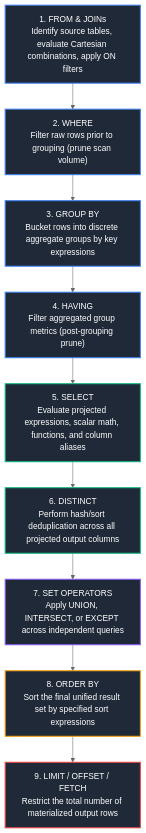
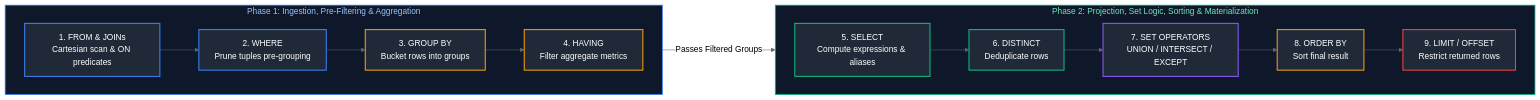
One commit to joydeep-biswas/Interview-Preparation changed the second of 11 diagrams in Data Engineering/01_sql_fundamentals.md. Above: the diagram before and after it, drawn with Mermaid (neutral theme). The commit also changed other lines of this file and 76 other files, not shown here.

Commit message:
Updated Charts

````diff
--- a/Data Engineering/01_sql_fundamentals.md
+++ b/Data Engineering/01_sql_fundamentals.md
@@ -105,22 +96,26 @@
 ```mermaid
-flowchart TD
-    S1["1. FROM & JOINs<br/>Identify source tables, evaluate Cartesian combinations, apply ON filters"]
-    S1 --> S2["2. WHERE<br/>Filter raw rows prior to grouping (prune scan volume)"]
-    S2 --> S3["3. GROUP BY<br/>Bucket rows into discrete aggregate groups by key expressions"]
-    S3 --> S4["4. HAVING<br/>Filter aggregated group metrics (post-grouping prune)"]
-    S4 --> S5["5. SELECT<br/>Evaluate projected expressions, scalar math, functions, and column aliases"]
-    S5 --> S6["6. DISTINCT<br/>Perform hash/sort deduplication across all projected output columns"]
-    S6 --> S7["7. SET OPERATORS<br/>Apply UNION, INTERSECT, or EXCEPT across independent queries"]
-    S7 --> S8["8. ORDER BY<br/>Sort the final unified result set by specified sort expressions"]
-    S8 --> S9["9. LIMIT / OFFSET / FETCH<br/>Restrict the total number of materialized output rows"]
+flowchart LR
+    subgraph Phase1 ["Phase 1: Ingestion, Pre-Filtering & Aggregation"]
+        direction LR
+        S1["1. FROM & JOINs<br/>Cartesian scan & ON predicates"] --> S2["2. WHERE<br/>Prune tuples pre-grouping"] --> S3["3. GROUP BY<br/>Bucket rows into groups"] --> S4["4. HAVING<br/>Filter aggregate metrics"]
+    end
 
+    subgraph Phase2 ["Phase 2: Projection, Set Logic, Sorting & Materialization"]
+        direction LR
+        S5["5. SELECT<br/>Compute expressions & aliases"] --> S6["6. DISTINCT<br/>Deduplicate rows"] --> S7["7. SET OPERATORS<br/>UNION / INTERSECT / EXCEPT"] --> S8["8. ORDER BY<br/>Sort final result"] --> S9["9. LIMIT / OFFSET<br/>Restrict returned rows"]
+    end
+
+    S4 -->|"Passes Filtered Groups"| S5
+
+    style Phase1 fill:#0f172a,stroke:#3b82f6,stroke-width:1.5px,color:#93c5fd
+    style Phase2 fill:#0f172a,stroke:#10b981,stroke-width:1.5px,color:#6ee7b7
     style S1 fill:#1f2937,stroke:#3b82f6,stroke-width:2px,color:#fff
     style S2 fill:#1f2937,stroke:#3b82f6,stroke-width:2px,color:#fff
-    style S3 fill:#1f2937,stroke:#3b82f6,stroke-width:2px,color:#fff
-    style S4 fill:#1f2937,stroke:#3b82f6,stroke-width:2px,color:#fff
+    style S3 fill:#1f2937,stroke:#f59e0b,stroke-width:2px,color:#fff
+    style S4 fill:#1f2937,stroke:#f59e0b,stroke-width:2px,color:#fff
     style S5 fill:#1f2937,stroke:#10b981,stroke-width:2px,color:#fff
     style S6 fill:#1f2937,stroke:#10b981,stroke-width:2px,color:#fff
     style S7 fill:#1f2937,stroke:#8b5cf6,stroke-width:2px,color:#fff
     style S8 fill:#1f2937,stroke:#f59e0b,stroke-width:2px,color:#fff
     style S9 fill:#1f2937,stroke:#ef4444,stroke-width:2px,color:#fff
 ```
````
